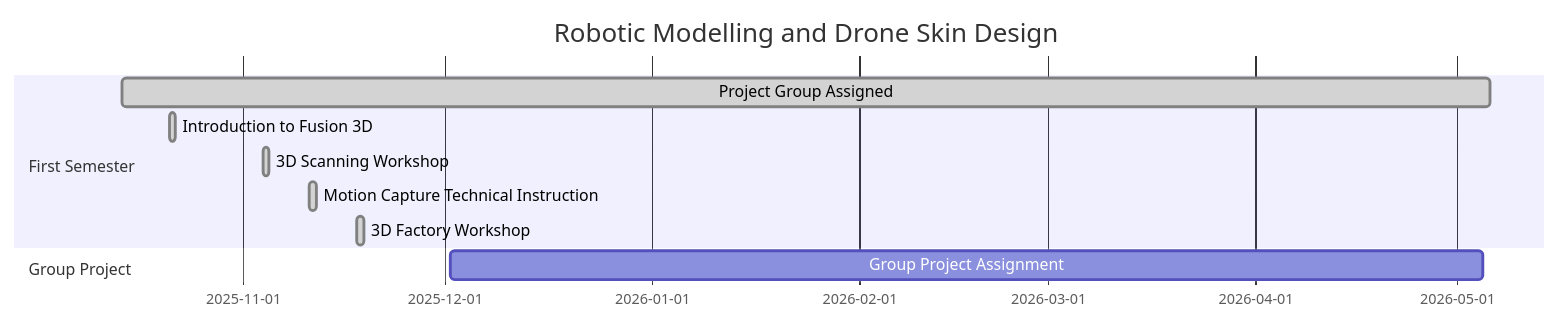
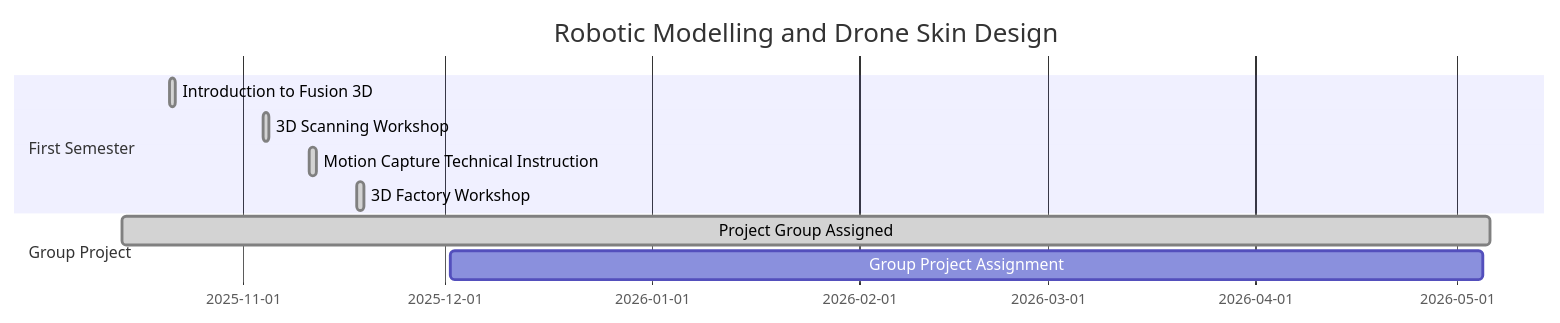
The diagram in README.md (mead-one/mead-one.github.io), drawn with Mermaid before and after one commit. The commit also changed other lines of this file, not shown here.

Commit message:
Moved group assignment to project section

````diff
--- a/README.md
+++ b/README.md
@@ -6,15 +6,15 @@
 ```mermaid
 gantt
     dateformat YYYY-MM-DD
     title Robotic Modelling and Drone Skin Design
 
     section First Semester
-    Project Group Assigned          :done,  groupassigned, 2025-10-14, 2026-05-06
     Introduction to Fusion 3D       :done,  fusionintro, 2025-10-21, 1d
     3D Scanning Workshop            :done,  3dscanintro, 2025-11-04, 1d
     Motion Capture Technical Instruction    :done, mocapintro, 2025-11-11, 1d
     3D Factory Workshop             :done, 3dfactoryintro, 2025-11-18, 1d
 
     section Group Project
+    Project Group Assigned          :done,  groupassigned, 2025-10-14, 2026-05-06
     Group Project Assignment        : groupproject, 2025-12-02, 2026-05-05
 ```
````
